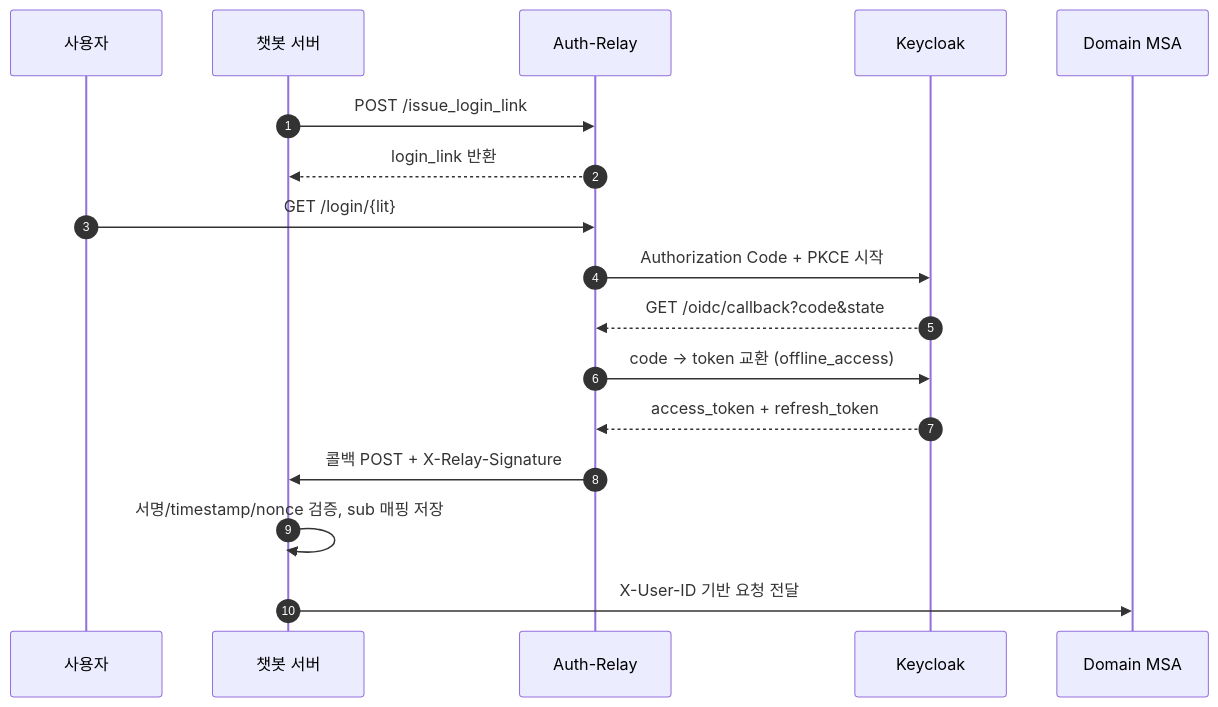
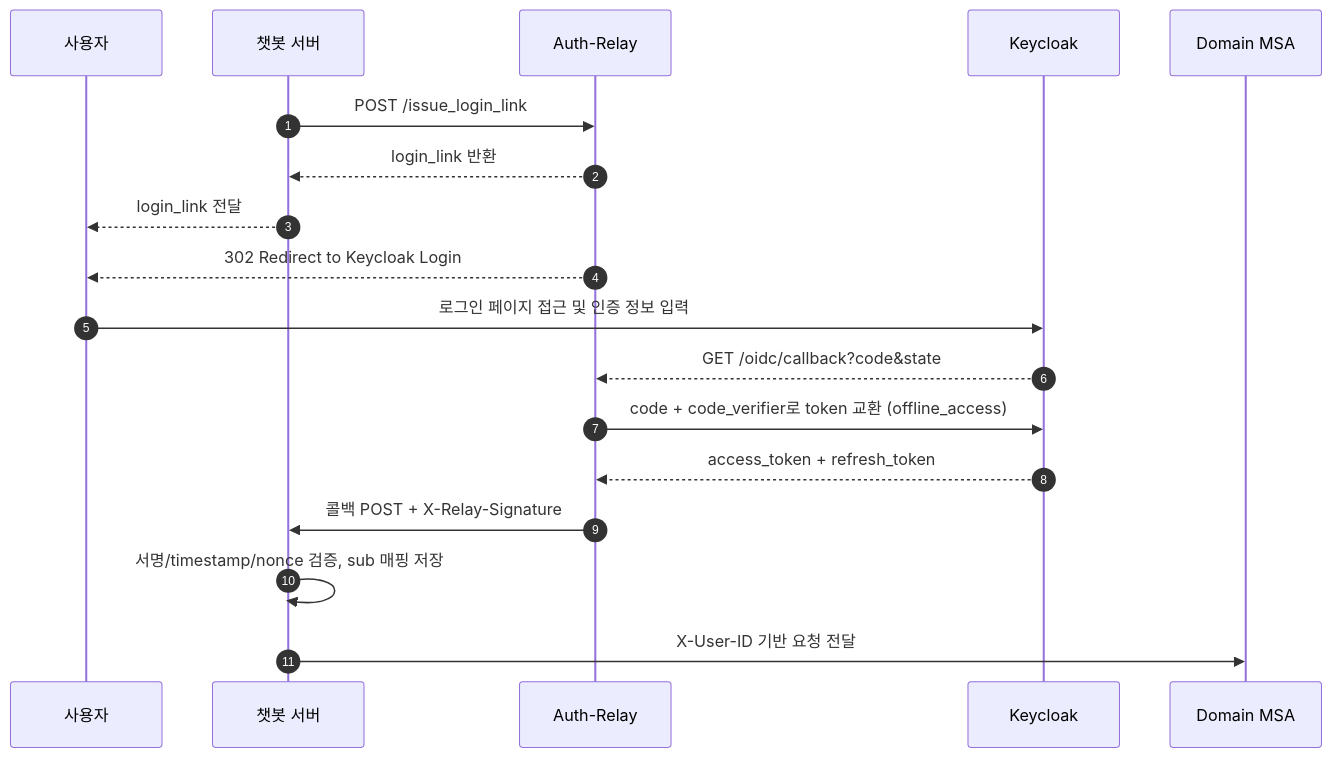
Before and after one commit to teamSANDOL/tuk_sandol_team: the first of 3 diagrams in docs/auth-chatbot-auth-relay.md, drawn with Mermaid.

Commit message:
fix: 인증 문서에서 로그인 흐름 및 Keycloak 리다이렉트 설명 수정

````diff
--- a/docs/auth-chatbot-auth-relay.md
+++ b/docs/auth-chatbot-auth-relay.md
@@ -33,20 +33,21 @@
 ```mermaid
 sequenceDiagram
     autonumber
     participant User as 사용자
     participant Bot as 챗봇 서버
     participant Relay as Auth-Relay
     participant KC as Keycloak
     participant MSA as Domain MSA
 
     Bot->>Relay: POST /issue_login_link
     Relay-->>Bot: login_link 반환
-    User->>Relay: GET /login/{lit}
-    Relay->>KC: Authorization Code + PKCE 시작
+    Bot-->>User: login_link 전달
+    Relay-->>User: 302 Redirect to Keycloak Login
+    User->>KC: 로그인 페이지 접근 및 인증 정보 입력
     KC-->>Relay: GET /oidc/callback?code&state
-    Relay->>KC: code -> token 교환 (offline_access)
+    Relay->>KC: code + code_verifier로 token 교환 (offline_access)
     KC-->>Relay: access_token + refresh_token
     Relay->>Bot: 콜백 POST + X-Relay-Signature
     Bot->>Bot: 서명/timestamp/nonce 검증, sub 매핑 저장
     Bot->>MSA: X-User-ID 기반 요청 전달
 ```
````
